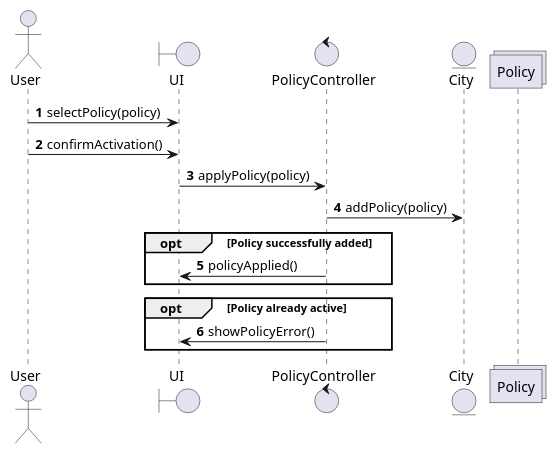
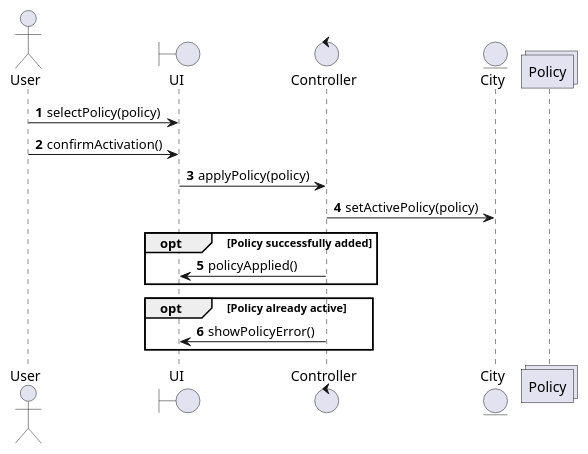
Before and after one commit to Anna-code17/ssa_project: the third of 5 diagrams in documents/System_sequence _diagrams.md, drawn with PlantUML. The commit also changed other lines of this file, not shown here.

Commit message:
Update System_sequence _diagrams.md

````diff
--- a/documents/System_sequence _diagrams.md
+++ b/documents/System_sequence _diagrams.md
@@ -121,29 +146,29 @@
 ```plantuml
 
 @startuml
 autonumber
 
 actor User
 
 boundary UI
-control PolicyController
+control Controller
 entity City
 collections Policy
 
 User -> UI : selectPolicy(policy)
 User -> UI : confirmActivation()
 
-UI -> PolicyController : applyPolicy(policy)
+UI -> Controller : applyPolicy(policy)
 
-PolicyController -> City : addPolicy(policy)
+Controller -> City : setActivePolicy(policy)
 
 opt Policy successfully added
-    PolicyController -> UI : policyApplied()
+    Controller -> UI : policyApplied()
 end
 
 opt Policy already active
-    PolicyController -> UI : showPolicyError()
+    Controller -> UI : showPolicyError()
 end
 @enduml
 
 ```
````
